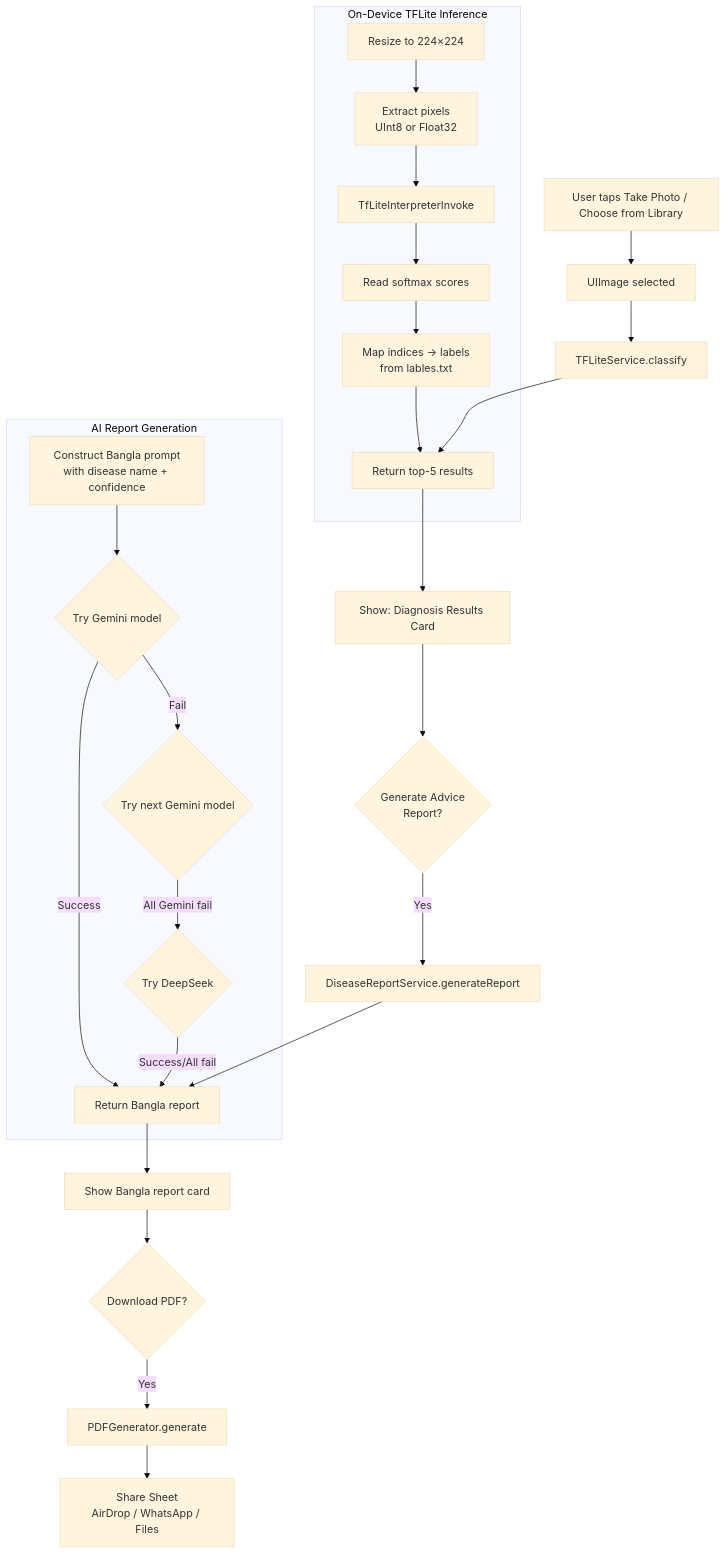
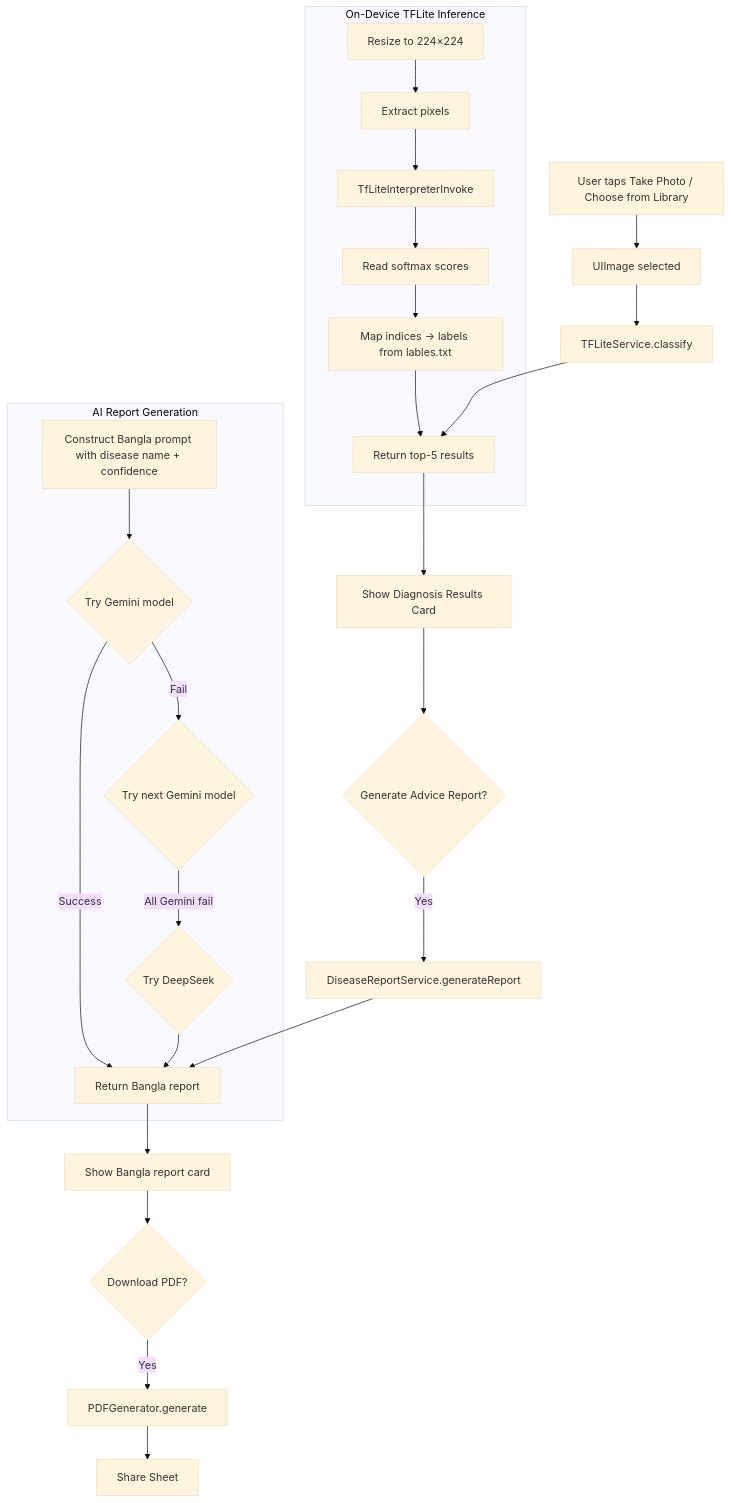
The ninth of 12 diagrams in README.md (fahim12345c/AgriBangla-iOS-App), drawn with Mermaid (base theme) before and after one commit. The commit also changed other lines of this file and 50 other files, not shown here.

````diff
--- a/README.md
+++ b/README.md
@@ -221,35 +464,35 @@
 ```mermaid
 flowchart TD
     A[User taps Take Photo / Choose from Library] --> B[UIImage selected]
     B --> C[TFLiteService.classify]
-    
+
     subgraph TFLite [On-Device TFLite Inference]
-        C1[Resize to 224×224] --> C2[Extract pixels<br>UInt8 or Float32]
+        C1[Resize to 224×224] --> C2[Extract pixels]
         C2 --> C3[TfLiteInterpreterInvoke]
         C3 --> C4[Read softmax scores]
-        C4 --> C5[Map indices → labels<br>from lables.txt]
+        C4 --> C5[Map indices → labels from lables.txt]
         C5 --> C6[Return top-5 results]
     end
-    
+
     C --> C6
-    C6 --> D[Show: Diagnosis Results Card]
-    
-    D --> E{Generate Advice<br>Report?}
+    C6 --> D[Show Diagnosis Results Card]
+
+    D --> E{Generate Advice Report?}
     E -->|Yes| F[DiseaseReportService.generateReport]
-    
+
     subgraph AI [AI Report Generation]
-        F1[Construct Bangla prompt<br>with disease name + confidence]
+        F1[Construct Bangla prompt with disease name + confidence]
         F1 --> F2{Try Gemini model}
         F2 -->|Success| F5[Return Bangla report]
         F2 -->|Fail| F3{Try next Gemini model}
         F3 -->|All Gemini fail| F4{Try DeepSeek}
-        F4 -->|Success/All fail| F5
+        F4 --> F5
     end
-    
+
     F --> F5
     F5 --> G[Show Bangla report card]
-    
+
     G --> H{Download PDF?}
     H -->|Yes| I[PDFGenerator.generate]
-    I --> J[Share Sheet<br>AirDrop / WhatsApp / Files]
+    I --> J[Share Sheet]
 ```
````
